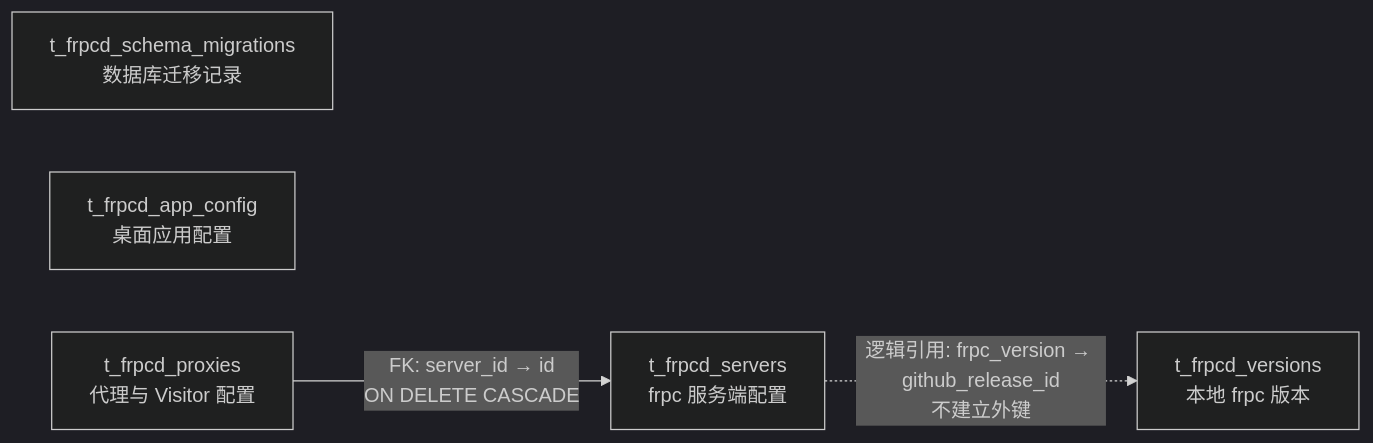
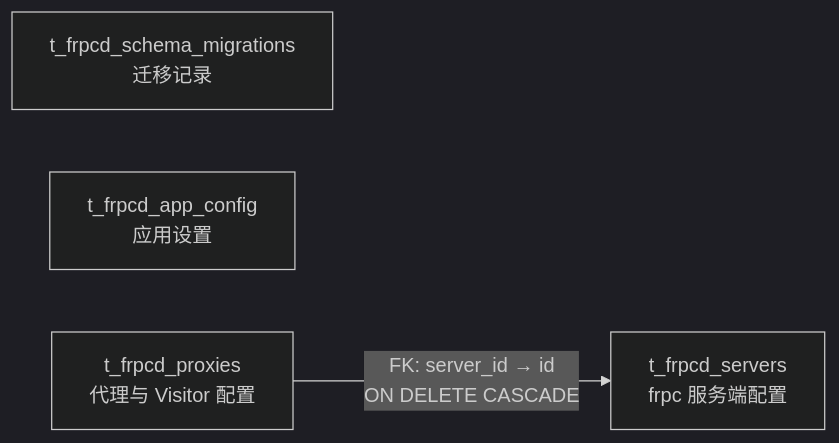
One commit to fdmdf/frpc-android changed the diagram in docs/DATABASES.md. Above: the diagram before and after it, drawn with Mermaid (dark theme). The commit also changed other lines of this file and 165 other files, not shown here.

````diff
--- a/docs/DATABASES.md
+++ b/docs/DATABASES.md
@@ -83,11 +57,9 @@
 ```mermaid
 flowchart LR
-  migrations["t_frpcd_schema_migrations<br/>数据库迁移记录"]
-  appConfig["t_frpcd_app_config<br/>桌面应用配置"]
+  migrations["t_frpcd_schema_migrations<br/>迁移记录"]
+  appConfig["t_frpcd_app_config<br/>应用设置"]
   servers["t_frpcd_servers<br/>frpc 服务端配置"]
   proxies["t_frpcd_proxies<br/>代理与 Visitor 配置"]
-  versions["t_frpcd_versions<br/>本地 frpc 版本"]
 
   proxies -->|"FK: server_id → id<br/>ON DELETE CASCADE"| servers
-  servers -.->|"逻辑引用: frpc_version → github_release_id<br/>不建立外键"| versions
 ```
````
